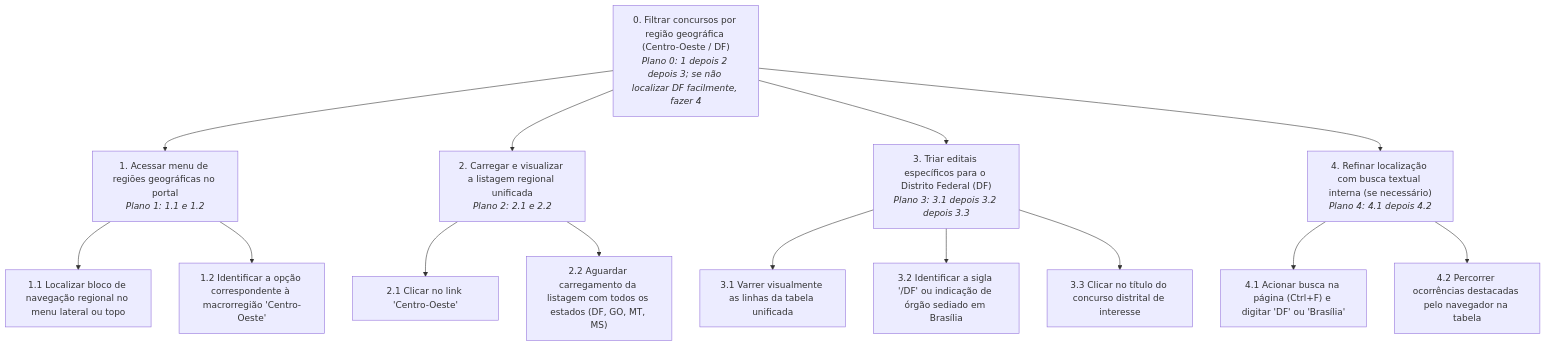
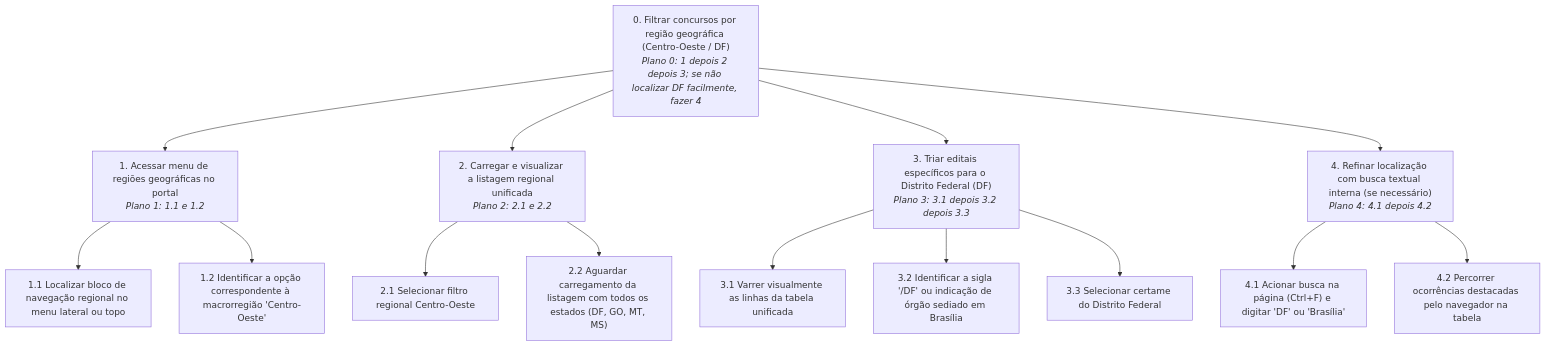
The third of 8 diagrams in docs/analise-de-requisitos/analise-de-tarefas/hta.md (Interacao-Humano-Computador/2026.2-Grupo07), drawn with Mermaid before and after one commit. The commit also changed other lines of this file and 14 other files, not shown here.

````diff
--- a/docs/analise-de-requisitos/analise-de-tarefas/hta.md
+++ b/docs/analise-de-requisitos/analise-de-tarefas/hta.md
@@ -252,39 +252,39 @@
 ```mermaid
 flowchart TD
     T0["0. Filtrar concursos por região geográfica (Centro-Oeste / DF)<br><i>Plano 0: 1 depois 2 depois 3; se não localizar DF facilmente, fazer 4</i>"]
     
     T1["1. Acessar menu de regiões geográficas no portal<br><i>Plano 1: 1.1 e 1.2</i>"]
     T11["1.1 Localizar bloco de navegação regional no menu lateral ou topo"]
     T12["1.2 Identificar a opção correspondente à macrorregião 'Centro-Oeste'"]
     
     T2["2. Carregar e visualizar a listagem regional unificada<br><i>Plano 2: 2.1 e 2.2</i>"]
-    T21["2.1 Clicar no link 'Centro-Oeste'"]
+    T21["2.1 Selecionar filtro regional Centro-Oeste"]
     T22["2.2 Aguardar carregamento da listagem com todos os estados (DF, GO, MT, MS)"]
     
     T3["3. Triar editais específicos para o Distrito Federal (DF)<br><i>Plano 3: 3.1 depois 3.2 depois 3.3</i>"]
     T31["3.1 Varrer visualmente as linhas da tabela unificada"]
     T32["3.2 Identificar a sigla '/DF' ou indicação de órgão sediado em Brasília"]
-    T33["3.3 Clicar no título do concurso distrital de interesse"]
+    T33["3.3 Selecionar certame do Distrito Federal"]
     
     T4["4. Refinar localização com busca textual interna (se necessário)<br><i>Plano 4: 4.1 depois 4.2</i>"]
     T41["4.1 Acionar busca na página (Ctrl+F) e digitar 'DF' ou 'Brasília'"]
     T42["4.2 Percorrer ocorrências destacadas pelo navegador na tabela"]
 
     T0 --> T1
     T0 --> T2
     T0 --> T3
     T0 --> T4
     
     T1 --> T11
     T1 --> T12
     
     T2 --> T21
     T2 --> T22
     
     T3 --> T31
     T3 --> T32
     T3 --> T33
     
     T4 --> T41
     T4 --> T42
 ```
````
